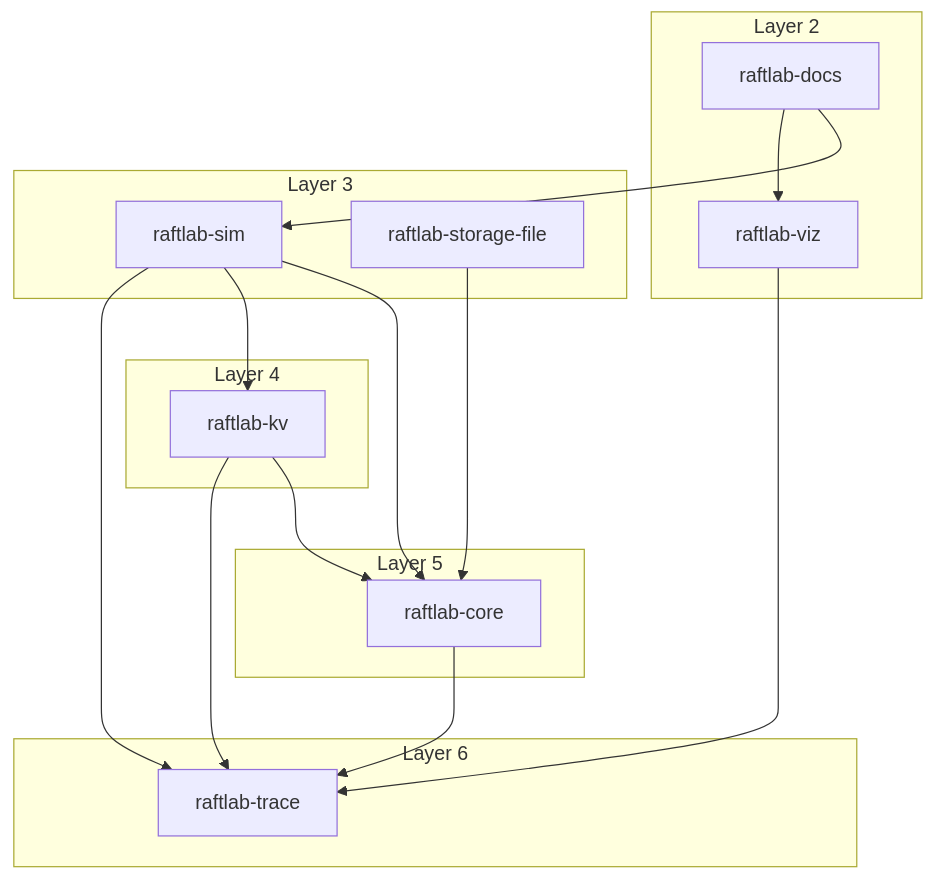
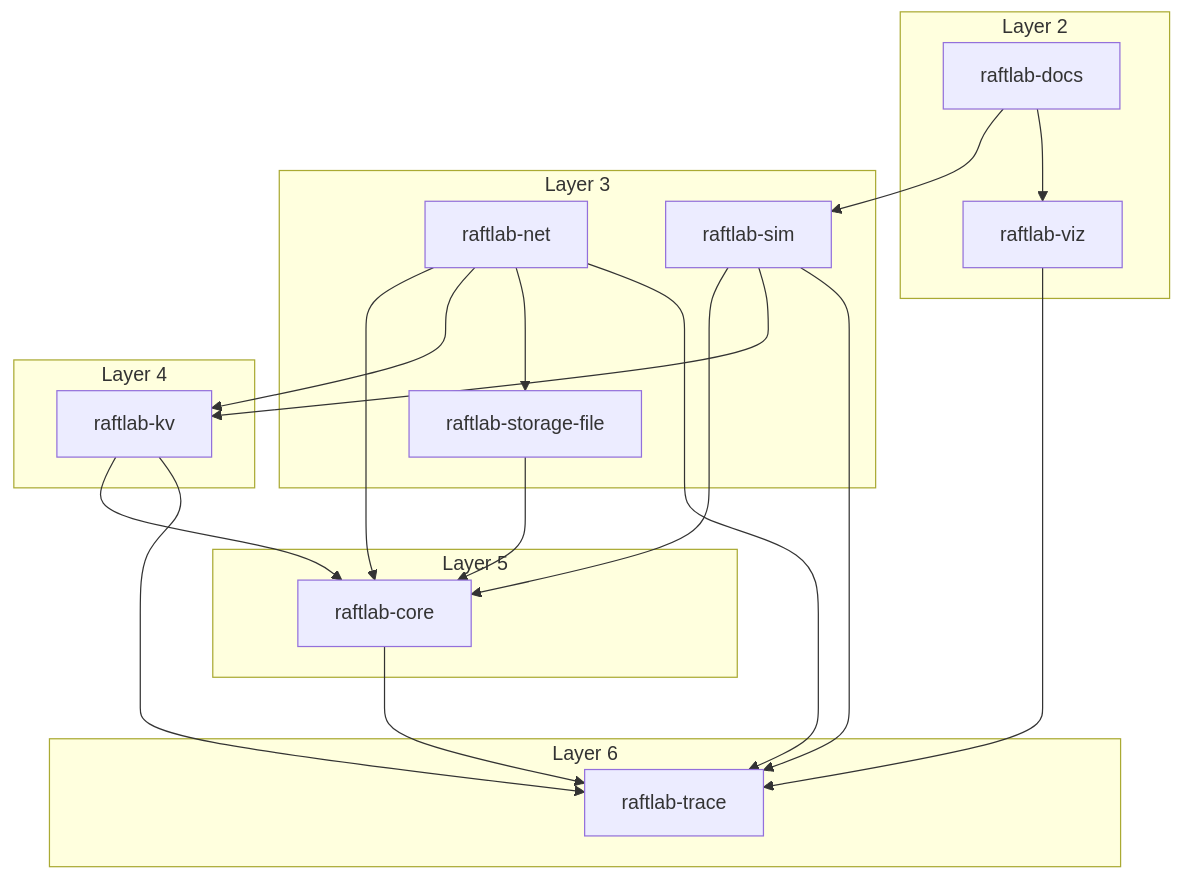
The diagram in docs/generated/modules.md (ok0/raftlab), drawn with Mermaid before and after one commit. The commit also changed 26 other files, not shown here.

````diff
--- a/docs/generated/modules.md
+++ b/docs/generated/modules.md
@@ -6,30 +6,35 @@
 ```mermaid
 flowchart TB
     subgraph g0["Layer 2"]
         n0["raftlab-docs"]
         n1["raftlab-viz"]
     end
     subgraph g1["Layer 3"]
-        n2["raftlab-sim"]
-        n3["raftlab-storage-file"]
+        n2["raftlab-net"]
+        n3["raftlab-sim"]
+        n4["raftlab-storage-file"]
     end
     subgraph g2["Layer 4"]
-        n4["raftlab-kv"]
+        n5["raftlab-kv"]
     end
     subgraph g3["Layer 5"]
-        n5["raftlab-core"]
+        n6["raftlab-core"]
     end
     subgraph g4["Layer 6"]
-        n6["raftlab-trace"]
+        n7["raftlab-trace"]
     end
+    n6 --> n7
+    n0 --> n3
+    n0 --> n1
     n5 --> n6
-    n0 --> n2
-    n0 --> n1
-    n4 --> n5
-    n4 --> n6
+    n5 --> n7
+    n2 --> n6
     n2 --> n5
     n2 --> n4
-    n2 --> n6
+    n2 --> n7
+    n3 --> n6
     n3 --> n5
-    n1 --> n6
+    n3 --> n7
+    n4 --> n6
+    n1 --> n7
 ```
````
